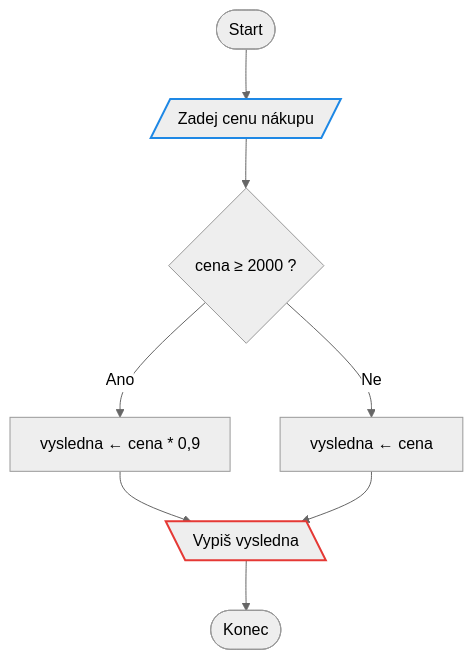
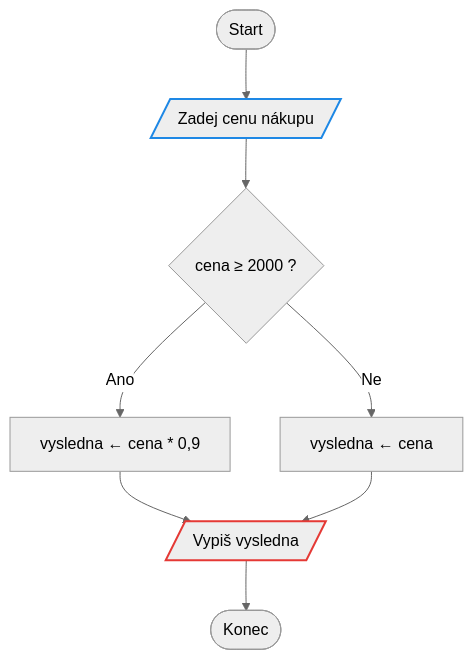
The second of 15 diagrams in 3Hodina/reseni.md (zeman-delta/Prvaci2026), drawn with Mermaid (neutral theme) before and after one commit. The commit also changed other lines of this file and 1 other file, not shown here.

````diff
--- a/3Hodina/reseni.md
+++ b/3Hodina/reseni.md
@@ -49,15 +49,15 @@
 ```mermaid
 flowchart TD
     S([Start]) --> V[/"Zadej cenu nákupu"/]
     V --> D{"cena ≥ 2000 ?"}
     D -->|Ano| A["vysledna ← cena * 0,9"]
     D -->|Ne| B["vysledna ← cena"]
-    A --> O[\"Vypiš vysledna"\]
+    A --> O[/"Vypiš vysledna"/]
     B --> O
     O --> K([Konec])
 
     classDef vstup stroke:#1e88e5,stroke-width:2px
     classDef vystup stroke:#e53935,stroke-width:2px
     class V vstup
     class O vystup
 ```
````
